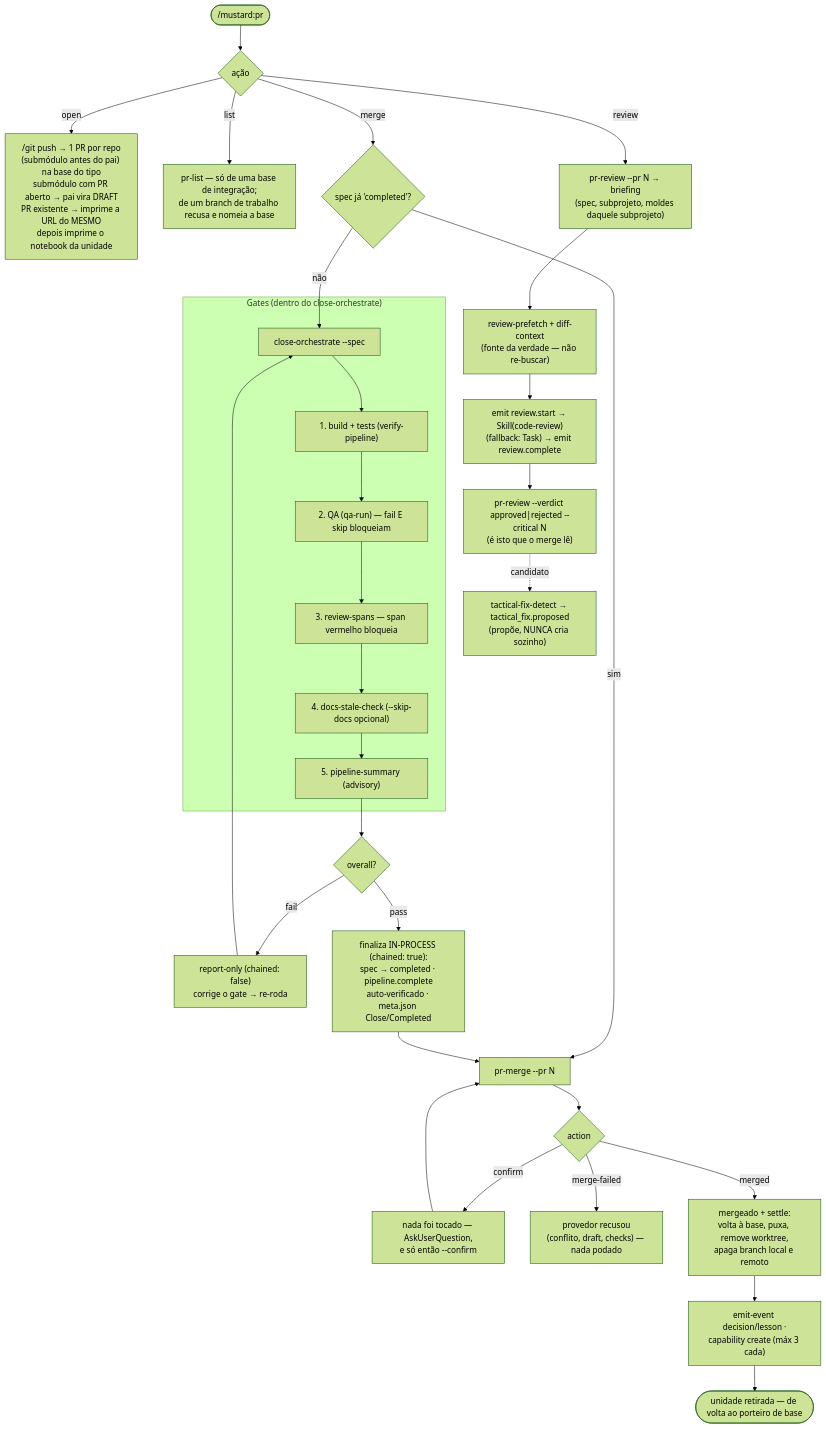
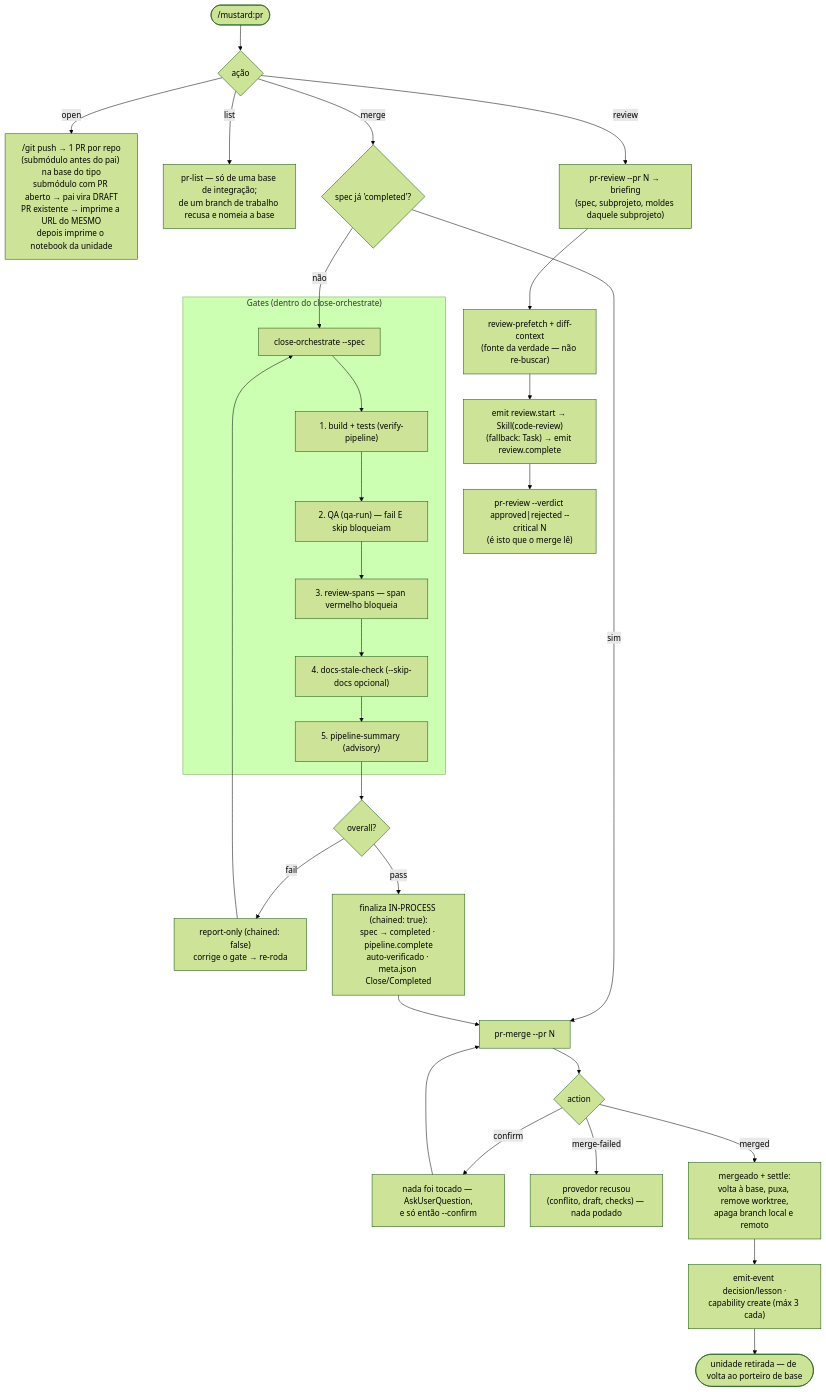
Before and after one commit to rubensrpj/mustard: the eighth of 11 diagrams in MUSTARD-COMMANDS.md, drawn with Mermaid (forest theme). The commit also changed other lines of this file and 22 other files, not shown here.

````diff
--- a/MUSTARD-COMMANDS.md
+++ b/MUSTARD-COMMANDS.md
@@ -302,40 +297,39 @@
 ```mermaid
 flowchart TD
     start(["/mustard:pr"]) --> act{"ação"}
 
     act -->|open| open["/git push → 1 PR por repo<br/>(submódulo antes do pai) na base do tipo<br/>submódulo com PR aberto → pai vira DRAFT<br/>PR existente → imprime a URL do MESMO<br/>depois imprime o notebook da unidade"]
 
     act -->|list| list["pr-list — só de uma base de integração;<br/>de um branch de trabalho recusa e nomeia a base"]
 
     act -->|review| brief["pr-review --pr N → briefing<br/>(spec, subprojeto, moldes daquele subprojeto)"]
     brief --> fetch["review-prefetch + diff-context<br/>(fonte da verdade — não re-buscar)"]
     fetch --> skill["emit review.start → Skill(code-review)<br/>(fallback: Task) → emit review.complete"]
     skill --> verdict["pr-review --verdict approved|rejected --critical N<br/>(é isto que o merge lê)"]
-    verdict -. candidato .-> tf["tactical-fix-detect → tactical_fix.proposed<br/>(propõe, NUNCA cria sozinho)"]
 
     act -->|merge| pre{"spec já 'completed'?"}
     pre -->|não| orch["close-orchestrate --spec"]
 
     subgraph gates["Gates (dentro do close-orchestrate)"]
         orch --> g1["1. build + tests (verify-pipeline)"]
         g1 --> g2["2. QA (qa-run) — fail E skip bloqueiam"]
         g2 --> g3["3. review-spans — span vermelho bloqueia"]
         g3 --> g4["4. docs-stale-check (--skip-docs opcional)"]
         g4 --> g5["5. pipeline-summary (advisory)"]
     end
 
     g5 --> overall{"overall?"}
     overall -->|fail| report["report-only (chained: false)<br/>corrige o gate → re-roda"]
     report --> orch
     overall -->|pass| chain["finaliza IN-PROCESS (chained: true):<br/>spec → completed · pipeline.complete<br/>auto-verificado · meta.json Close/Completed"]
 
     pre -->|sim| merge
     chain --> merge["pr-merge --pr N"]
     merge --> answer{"action"}
     answer -->|confirm| ask["nada foi tocado — AskUserQuestion,<br/>e só então --confirm"]
     ask --> merge
     answer -->|merge-failed| failed["provedor recusou<br/>(conflito, draft, checks) — nada podado"]
     answer -->|merged| settled["mergeado + settle:<br/>volta à base, puxa, remove worktree,<br/>apaga branch local e remoto"]
     settled --> know["emit-event decision/lesson ·<br/>capability create (máx 3 cada)"]
     know --> done(["unidade retirada — de volta ao porteiro de base"])
 ```
````
